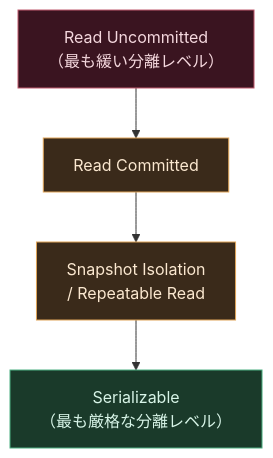
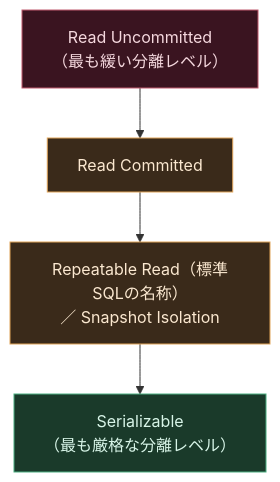
The ninth of 14 diagrams in Designing-data-intensive-applications-guide.md (myoshi2891/Cloud-Infrastructure-Studies), drawn with Mermaid before and after one commit. The commit also changed other lines of this file, not shown here.

Commit message:
docs: refine isolation levels and log compaction in data-intensive applications guide

````diff
--- a/Designing-data-intensive-applications-guide.md
+++ b/Designing-data-intensive-applications-guide.md
@@ -423,13 +426,13 @@
 ```mermaid
 flowchart TB
     L1["Read Uncommitted<br/>（最も緩い分離レベル）"] --> L2["Read Committed"]
-    L2 --> L3["Snapshot Isolation<br/>/ Repeatable Read"]
+    L2 --> L3["Repeatable Read（標準SQLの名称）<br/>／ Snapshot Isolation"]
     L3 --> L4["Serializable<br/>（最も厳格な分離レベル）"]
 
     classDef weak fill:#3a1420,stroke:#c05a6e,color:#f5d8de
     classDef mid fill:#3a2a1a,stroke:#e0a458,color:#fbe8d0
     classDef strong fill:#1a3a2a,stroke:#4caf82,color:#d8f5e8
     class L1 weak
     class L2,L3 mid
     class L4 strong
 ```
````
